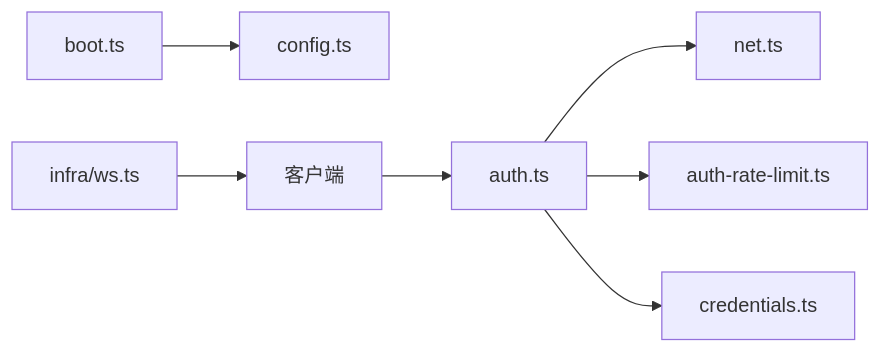
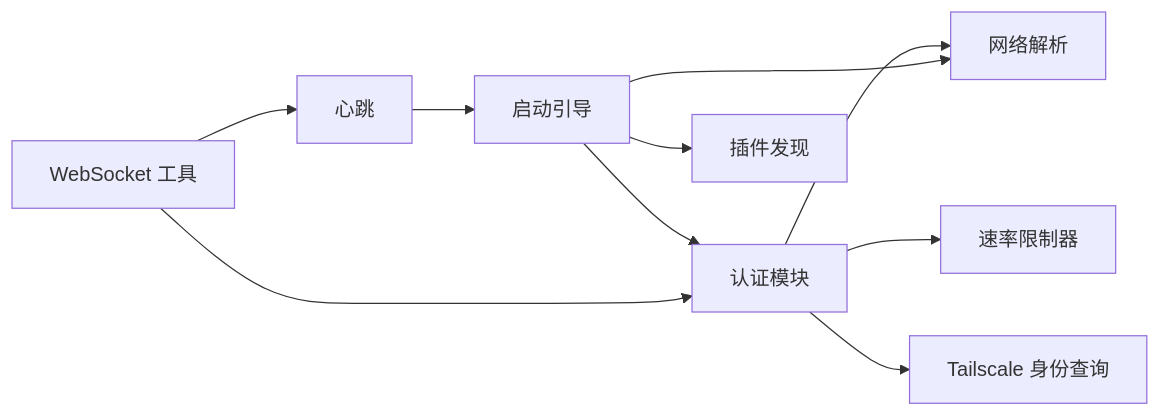
The seventh of 7 diagrams in repowiki/zh/content/网关系统/网关系统.md (botx-work/OpenClaw-Internals), drawn with Mermaid before and after one commit. The commit also changed other lines of this file and 542 other files, not shown here.

````diff
--- a/repowiki/zh/content/网关系统/网关系统.md
+++ b/repowiki/zh/content/网关系统/网关系统.md
@@ -283,9 +246,12 @@
 ```mermaid
 graph LR
-Auth["auth.ts"] --> Net["net.ts"]
-Auth --> RL["auth-rate-limit.ts"]
-Auth --> Creds["credentials.ts"]
-Boot["boot.ts"] --> Cfg["config.ts"]
-Proto["infra/ws.ts"] --> Client["客户端"]
-Client --> Auth
+Auth["认证模块"] --> Net["网络解析"]
+Auth --> Rate["速率限制器"]
+Auth --> TS["Tailscale 身份查询"]
+Boot["启动引导"] --> Auth
+Boot --> Net
+Boot --> Plugins["插件发现"]
+Heartbeat["心跳"] --> Boot
+WS["WebSocket 工具"] --> Auth
+WS --> Heartbeat
 ```
````
